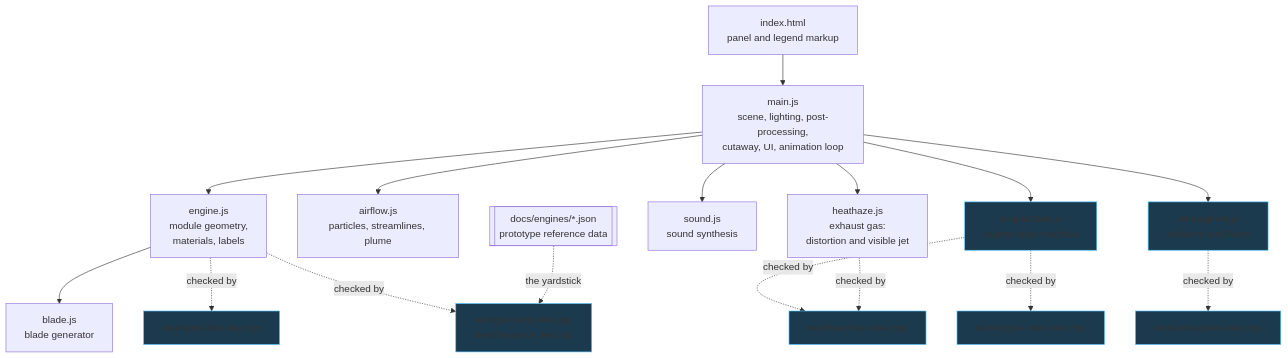
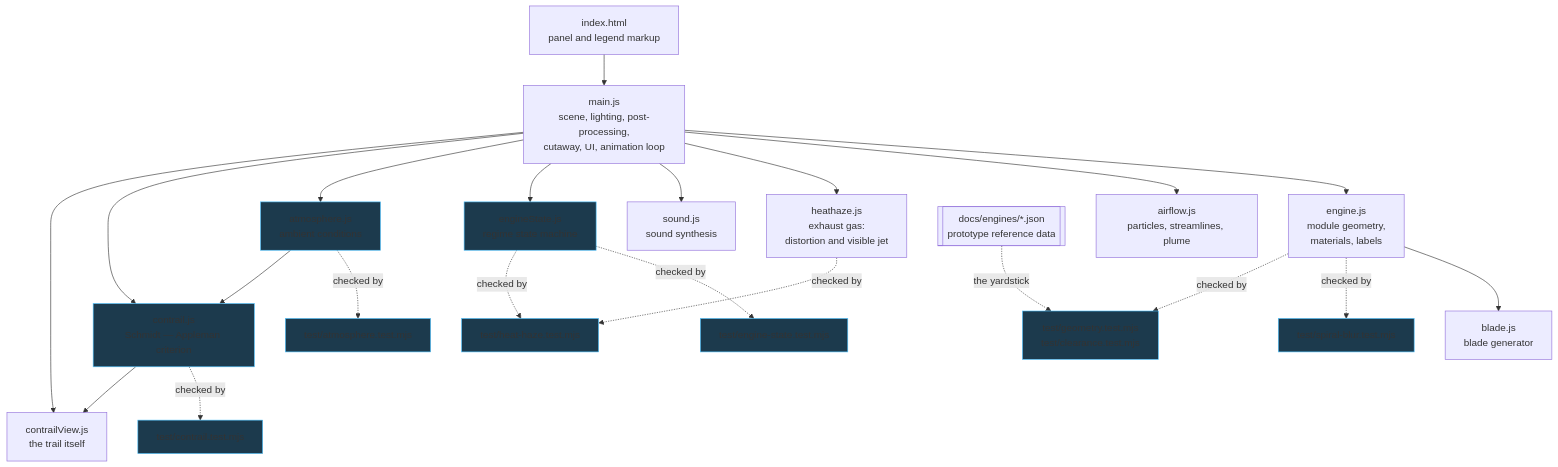
One commit to jubbon/jet-engine-3d changed the first of 2 diagrams in docs/01-architecture.md. Above: the diagram before and after it, drawn with Mermaid. The commit also changed other lines of this file and 15 other files, not shown here.

````diff
--- a/docs/01-architecture.md
+++ b/docs/01-architecture.md
@@ -5,26 +5,32 @@
 ```mermaid
 graph TD
   I[index.html<br/>panel and legend markup] --> M
   M[main.js<br/>scene, lighting, post-processing,<br/>cutaway, UI, animation loop]
   M --> E[engine.js<br/>module geometry,<br/>materials, labels]
   M --> A[airflow.js<br/>particles, streamlines, plume]
   M --> H[heathaze.js<br/>exhaust gas:<br/>distortion and visible jet]
   M --> S[sound.js<br/>sound synthesis]
   M --> ST[engineState.js<br/>regime state machine]
   M --> AT[atmosphere.js<br/>ambient conditions]
+  M --> CT[contrail.js<br/>Schmidt — Appleman criterion]
+  M --> CV[contrailView.js<br/>the trail itself]
   E --> B[blade.js<br/>blade generator]
   ST -.checked by.-> T[test/engine-state.test.mjs]
   ST -.checked by.-> T2[test/heat-haze.test.mjs]
   E -.checked by.-> T3[test/spiral-blur.test.mjs]
   E -.checked by.-> T4["test/geometry.test.mjs<br/>test/clearance.test.mjs"]
   AT -.checked by.-> T5[test/atmosphere.test.mjs]
+  CT -.checked by.-> T6[test/contrail.test.mjs]
+  AT --> CT --> CV
   J[["docs/engines/*.json<br/>prototype reference data"]] -.the yardstick.-> T4
   H -.checked by.-> T2
   style ST fill:#1c3a4d,stroke:#4fc3ff
   style AT fill:#1c3a4d,stroke:#4fc3ff
   style T fill:#1c3a4d,stroke:#4fc3ff
   style T2 fill:#1c3a4d,stroke:#4fc3ff
   style T3 fill:#1c3a4d,stroke:#4fc3ff
   style T4 fill:#1c3a4d,stroke:#4fc3ff
   style T5 fill:#1c3a4d,stroke:#4fc3ff
+  style CT fill:#1c3a4d,stroke:#4fc3ff
+  style T6 fill:#1c3a4d,stroke:#4fc3ff
 ```
````
